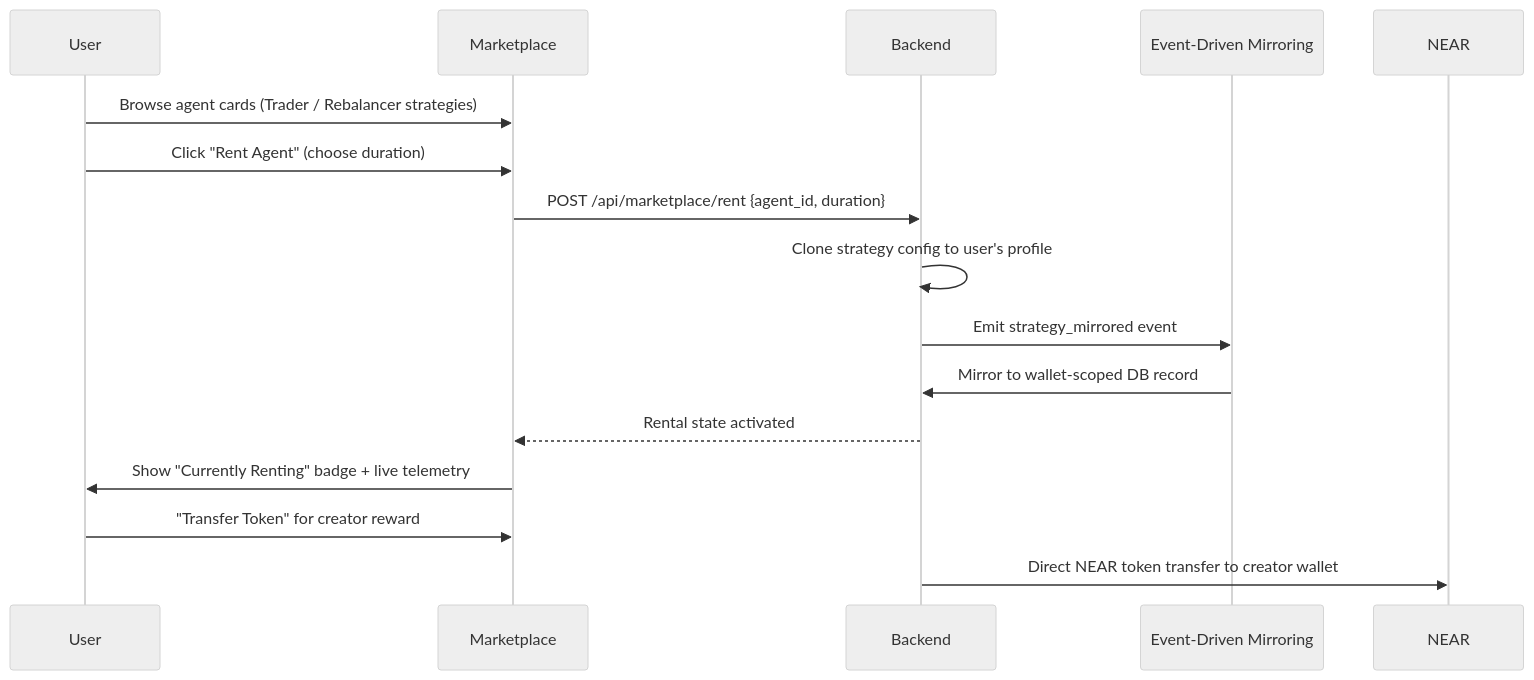
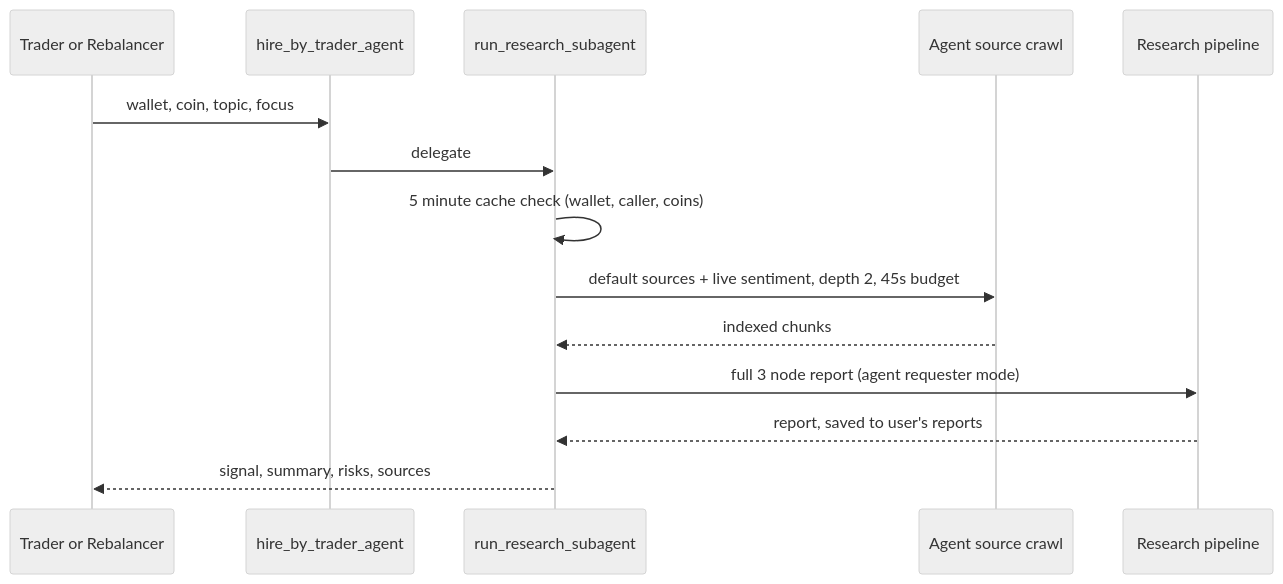
Before and after one commit to TheDarrk/N-agent: the ninth of 11 diagrams in README.md, drawn with Mermaid (neutral theme). The commit also changed other lines of this file and 6 other files, not shown here.

````diff
--- a/README.md
+++ b/README.md
@@ -483,18 +532,17 @@
 ```mermaid
 sequenceDiagram
-    participant User
-    participant Marketplace
-    participant Backend
-    participant EventBus as Event-Driven Mirroring
+    participant Caller as Trader or Rebalancer
+    participant Hire as hire_by_trader_agent
+    participant Sub as run_research_subagent
+    participant Crawl as Agent source crawl
+    participant Report as Research pipeline
 
-    User->>Marketplace: Browse agent cards (Trader / Rebalancer strategies)
-    User->>Marketplace: Click "Rent Agent" (choose duration)
-    Marketplace->>Backend: POST /api/marketplace/rent {agent_id, duration}
-    Backend->>Backend: Clone strategy config to user's profile
-    Backend->>EventBus: Emit strategy_mirrored event
-    EventBus->>Backend: Mirror to wallet-scoped DB record
-    Backend-->>Marketplace: Rental state activated
-    Marketplace->>User: Show "Currently Renting" badge + live telemetry
-    User->>Marketplace: "Transfer Token" for creator reward
-    Backend->>NEAR: Direct NEAR token transfer to creator wallet
+    Caller->>Hire: wallet, coin, topic, focus
+    Hire->>Sub: delegate
+    Sub->>Sub: 5 minute cache check (wallet, caller, coins)
+    Sub->>Crawl: default sources + live sentiment, depth 2, 45s budget
+    Crawl-->>Sub: indexed chunks
+    Sub->>Report: full 3 node report (agent requester mode)
+    Report-->>Sub: report, saved to user's reports
+    Sub-->>Caller: signal, summary, risks, sources
 ```
````
